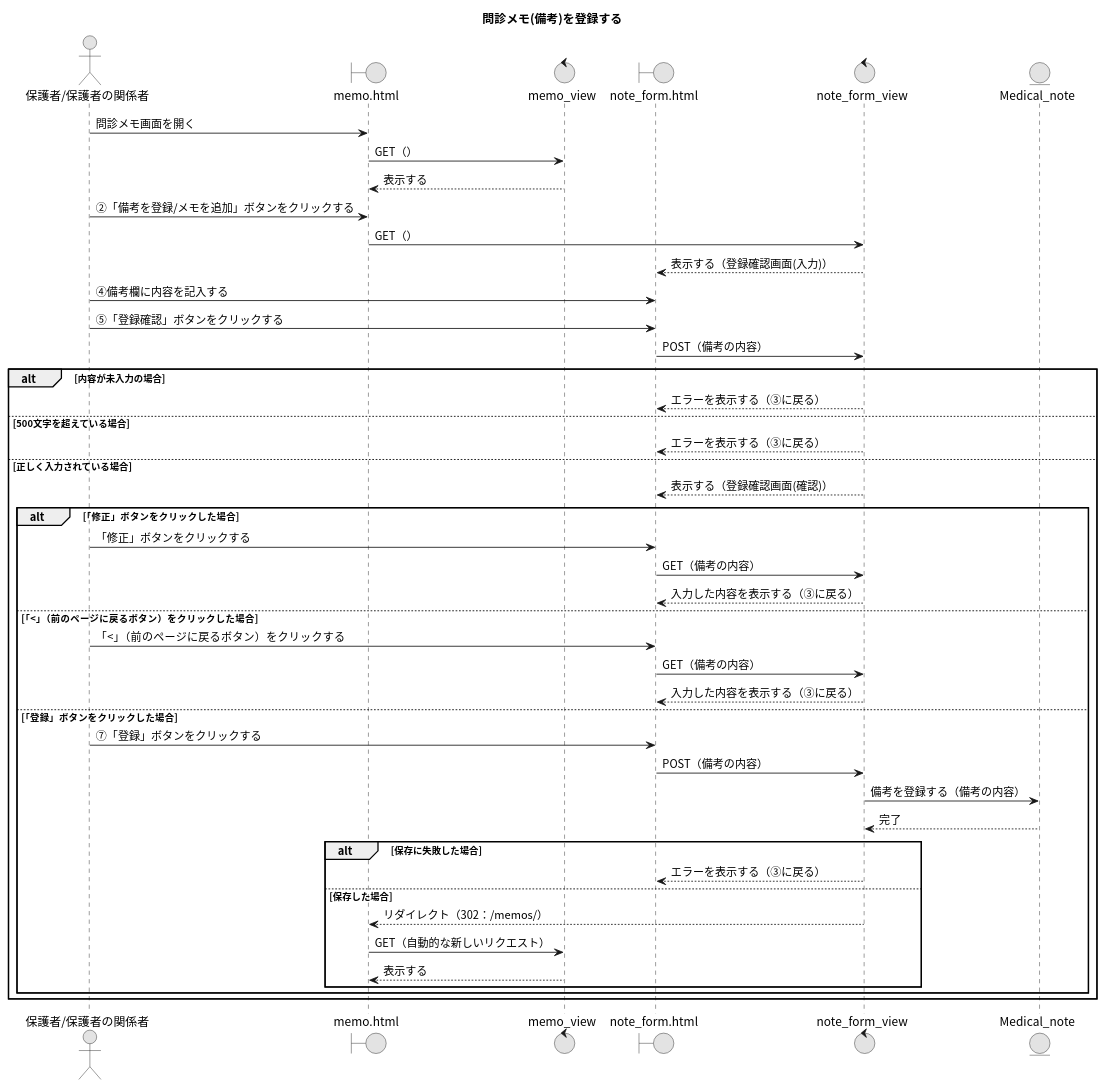
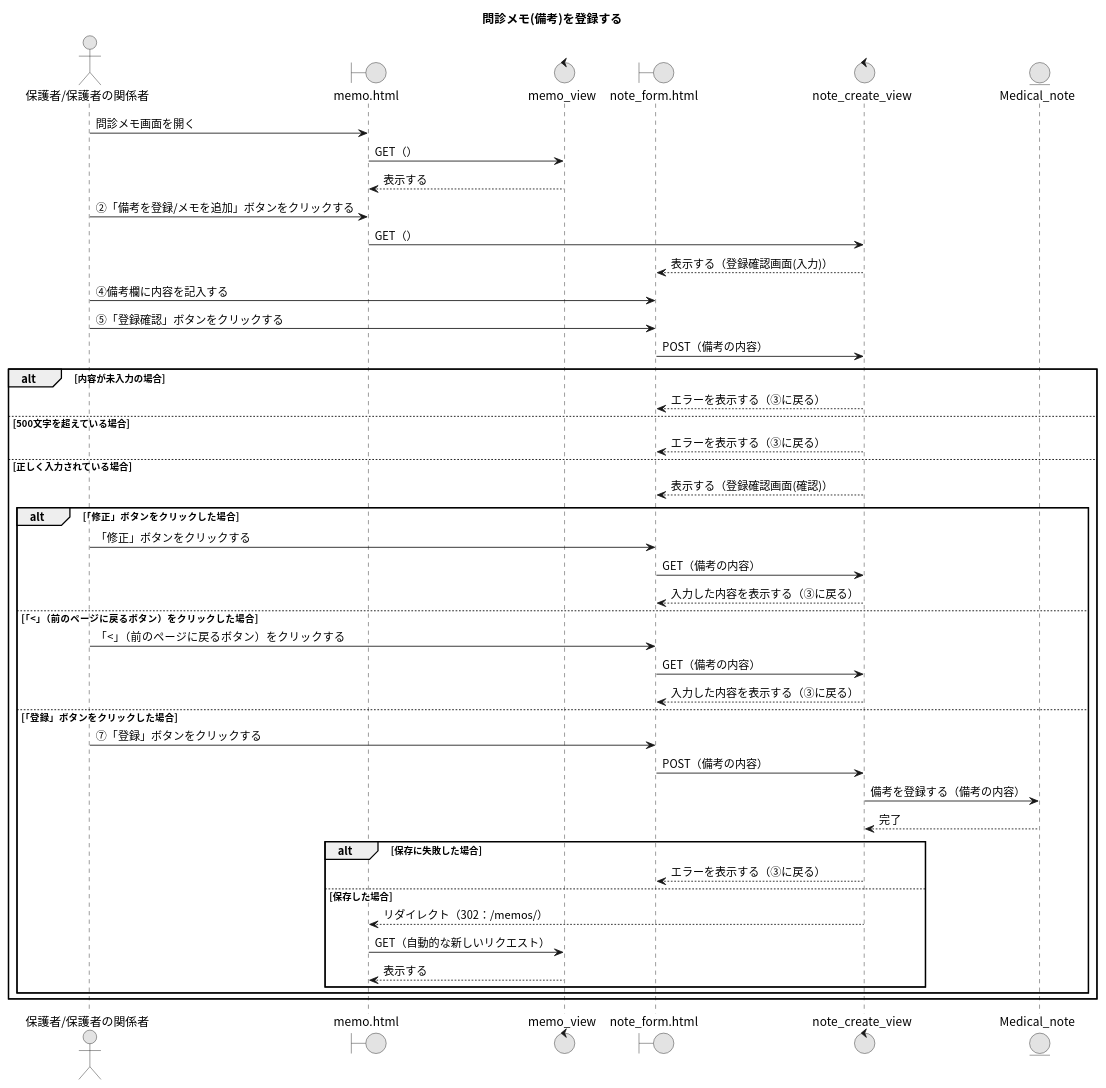
One commit to Ma2naga190330/26_sotugyou_puml changed the diagram in 19_問診メモ(備考)を登録する.puml. Above: the diagram before and after it, drawn with PlantUML. The commit also changed 2 other files, not shown here.

```diff
--- a/19_問診メモ(備考)を登録する.puml
+++ b/19_問診メモ(備考)を登録する.puml
@@ -1,53 +1,53 @@
 @startuml
 title 問診メモ(備考)を登録する
 skinparam defaultFontName "Noto Sans CJK JP"
 skinparam monochrome true
 
 actor "保護者/保護者の関係者" as A
 boundary "memo.html" as MP
 control "memo_view" as MV
 boundary "note_form.html" as NFP
-control "note_form_view" as NFV
+control "note_create_view" as NCV
 entity "Medical_note" as MNM
 
 ' 最初の画面表示（問診メモ画面）
 A -> MP : 問診メモ画面を開く
 MP -> MV : GET（）
 MV --> MP : 表示する
 
 A -> MP : ②「備考を登録/メモを追加」ボタンをクリックする
-MP -> NFV : GET（）
-NFV --> NFP : 表示する（登録確認画面(入力)）
+MP -> NCV : GET（）
+NCV --> NFP : 表示する（登録確認画面(入力)）
 
 A -> NFP : ④備考欄に内容を記入する
 A -> NFP : ⑤「登録確認」ボタンをクリックする
-NFP -> NFV : POST（備考の内容）
+NFP -> NCV : POST（備考の内容）
 alt 内容が未入力の場合
-  NFV --> NFP : エラーを表示する（③に戻る）
+  NCV --> NFP : エラーを表示する（③に戻る）
 else 500文字を超えている場合
-  NFV --> NFP : エラーを表示する（③に戻る）
+  NCV --> NFP : エラーを表示する（③に戻る）
 else 正しく入力されている場合
-  NFV --> NFP : 表示する（登録確認画面(確認)）
+  NCV --> NFP : 表示する（登録確認画面(確認)）
   alt 「修正」ボタンをクリックした場合
     A -> NFP : 「修正」ボタンをクリックする
-    NFP -> NFV : GET（備考の内容）
-    NFV --> NFP : 入力した内容を表示する（③に戻る）
+    NFP -> NCV : GET（備考の内容）
+    NCV --> NFP : 入力した内容を表示する（③に戻る）
   else 「<」（前のページに戻るボタン）をクリックした場合
     A -> NFP : 「<」（前のページに戻るボタン）をクリックする
-    NFP -> NFV : GET（備考の内容）
-    NFV --> NFP : 入力した内容を表示する（③に戻る）
+    NFP -> NCV : GET（備考の内容）
+    NCV --> NFP : 入力した内容を表示する（③に戻る）
   else 「登録」ボタンをクリックした場合
     A -> NFP : ⑦「登録」ボタンをクリックする
-    NFP -> NFV : POST（備考の内容）
-    NFV -> MNM : 備考を登録する（備考の内容）
-    NFV <-- MNM : 完了
+    NFP -> NCV : POST（備考の内容）
+    NCV -> MNM : 備考を登録する（備考の内容）
+    NCV <-- MNM : 完了
     alt 保存に失敗した場合
-      NFV --> NFP : エラーを表示する（③に戻る）
+      NCV --> NFP : エラーを表示する（③に戻る）
     else 保存した場合
-      MP <-- NFV : リダイレクト（302：/memos/）
+      MP <-- NCV : リダイレクト（302：/memos/）
       MP -> MV : GET（自動的な新しいリクエスト）
       MV --> MP : 表示する
     end
   end
 end
 @enduml
```
